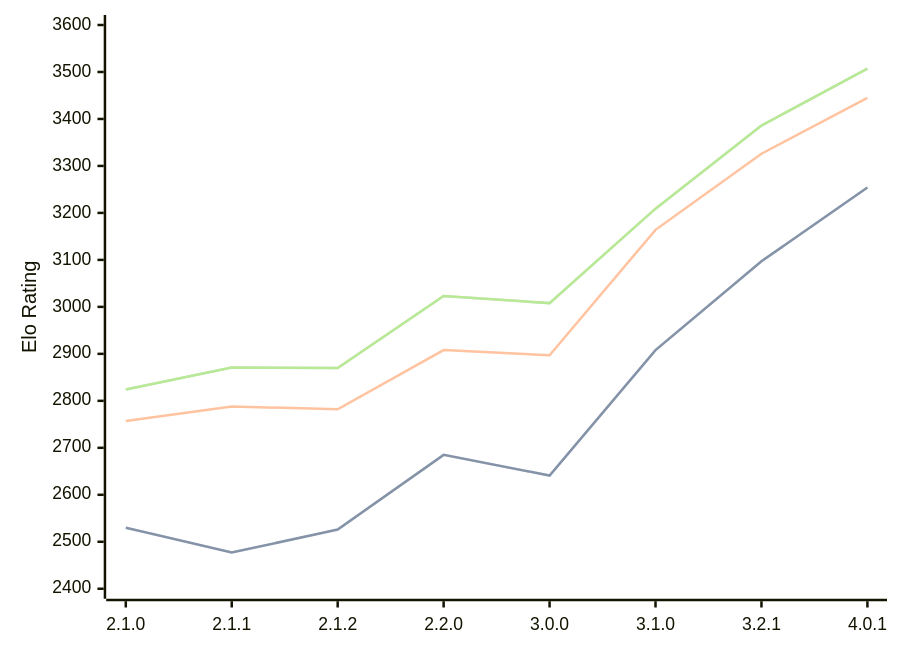
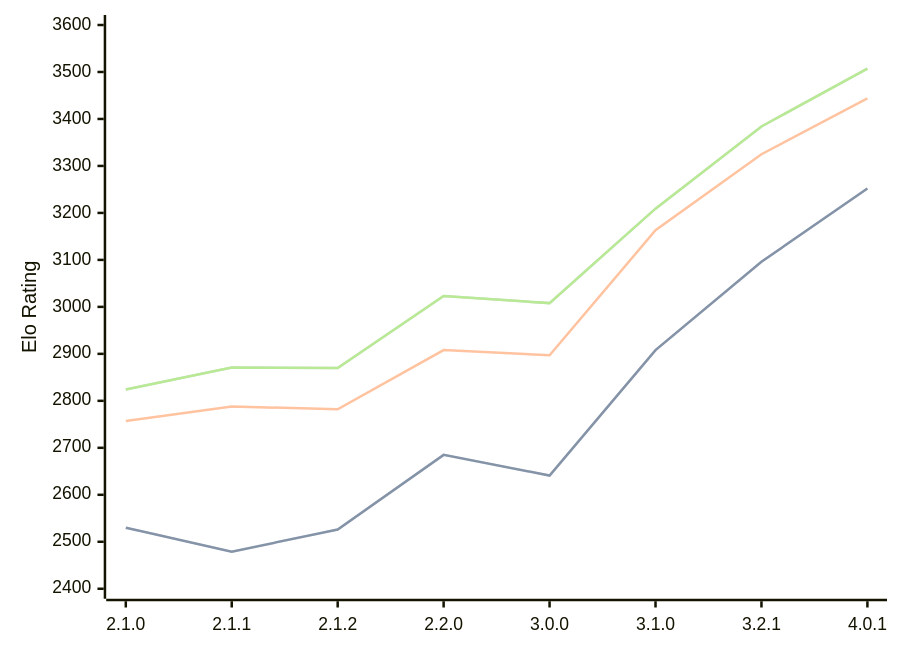
The diagram in engines/Prune.md (computer-chess-index/cci), drawn with Mermaid before and after one commit. The commit also changed other lines of this file, not shown here.

Commit message:
Update CCI Ratings (ELO VLTC) - 2026-09-01

````diff
--- a/engines/Prune.md
+++ b/engines/Prune.md
@@ -40,11 +40,11 @@
 ```mermaid
 %%{init: {"theme":"base","themeVariables":{"seriesColors:['#a3a3a3','#222221','#faa371']}}}%%
 xychart-beta
   x-axis ["2.1.0", "2.1.1", "2.1.2", "2.2.0", "3.0.0", "3.1.0", "3.2.1", "4.0.1"]
   y-axis "Elo Rating" 2400 --> 3600
-  line "" [2530, 2477, 2526, 2685, 2641, 2908, 3097, 3254]
-  line "STC (8.0+0.08s)" [2530, 2477, 2526, 2685, 2641, 2908, 3097, 3254]
-  line "LTC (60.0+0.60s)" [2757, 2788, 2782, 2908, 2897, 3164, 3326, 3445]
-  line "" [2824, 2871, 2870, 3023, 3008, 3209, 3386, 3507]
-  line "VLTC (2m24s+1.12s)" [2824, 2871, 2870, 3023, 3008, 3209, 3386, 3507]
+  line "" [2530, 2479, 2526, 2685, 2641, 2908, 3096, 3252]
+  line "STC (8.0+0.08s)" [2530, 2479, 2526, 2685, 2641, 2908, 3096, 3252]
+  line "LTC (60.0+0.60s)" [2757, 2788, 2782, 2908, 2897, 3163, 3325, 3444]
+  line "" [2824, 2871, 2870, 3023, 3008, 3209, 3384, 3507]
+  line "VLTC (2m24s+1.12s)" [2824, 2871, 2870, 3023, 3008, 3209, 3384, 3507]
 ```
````
